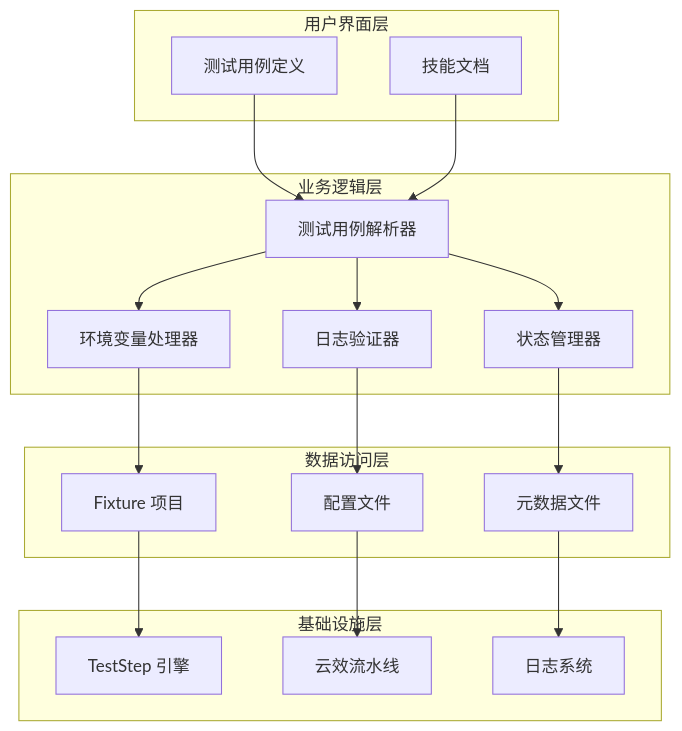
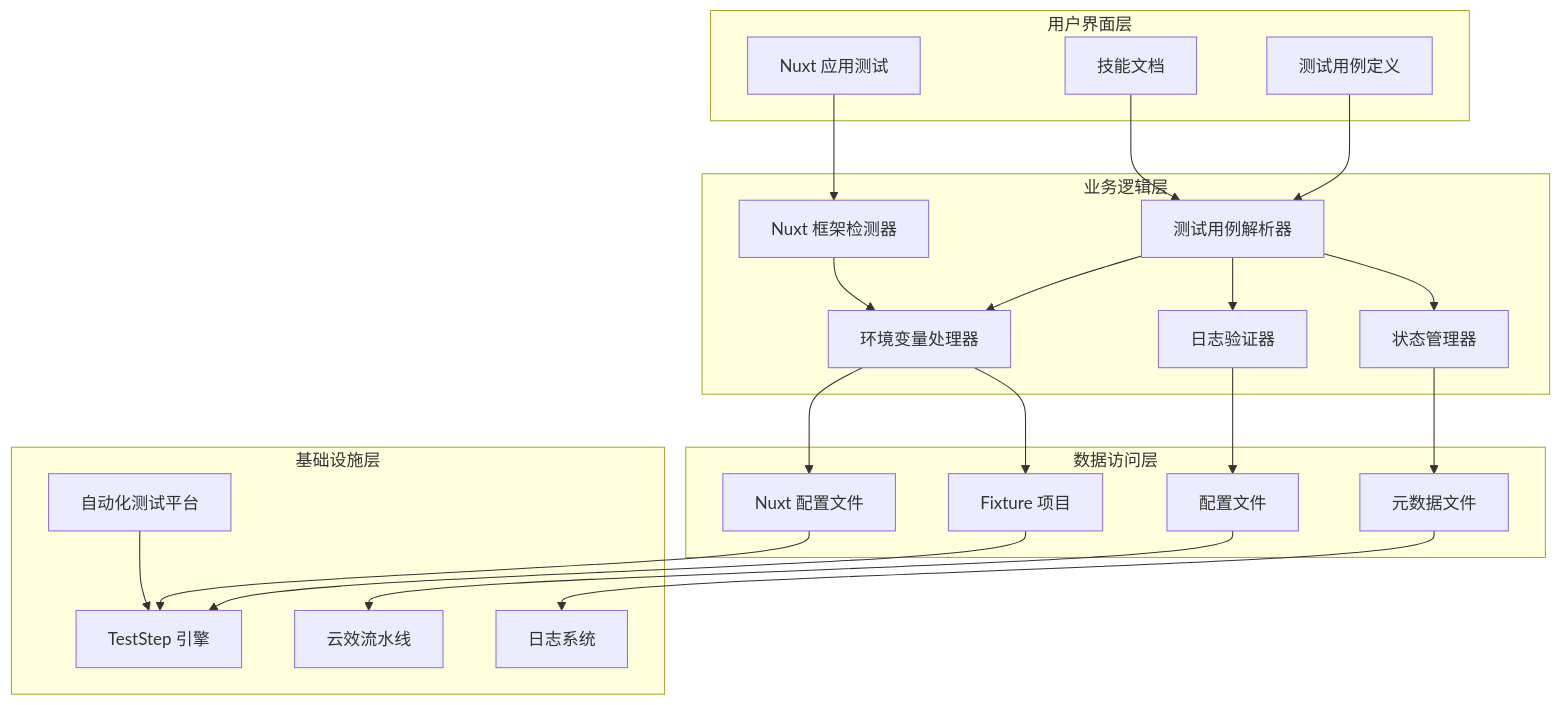
The third of 7 diagrams in .qoder/repowiki/zh/content/测试用例系统/测试用例系统.md (esa-sp/test-for-aone-ci), drawn with Mermaid before and after one commit. The commit also changed other lines of this file and 5 other files, not shown here.

````diff
--- a/.qoder/repowiki/zh/content/测试用例系统/测试用例系统.md
+++ b/.qoder/repowiki/zh/content/测试用例系统/测试用例系统.md
@@ -131,34 +150,43 @@
 ```mermaid
 graph TB
 subgraph "用户界面层"
 A[测试用例定义]
 B[技能文档]
+C[Nuxt 应用测试]
 end
 subgraph "业务逻辑层"
-C[测试用例解析器]
-D[环境变量处理器]
-E[日志验证器]
-F[状态管理器]
+D[测试用例解析器]
+E[环境变量处理器]
+F[日志验证器]
+G[状态管理器]
+H[Nuxt 框架检测器]
 end
 subgraph "数据访问层"
-G[Fixture 项目]
-H[配置文件]
-I[元数据文件]
+I[Fixture 项目]
+J[配置文件]
+K[元数据文件]
+L[Nuxt 配置文件]
 end
 subgraph "基础设施层"
-J[TestStep 引擎]
-K[云效流水线]
-L[日志系统]
+M[TestStep 引擎]
+N[云效流水线]
+O[日志系统]
+P[自动化测试平台]
 end
-A --> C
-B --> C
-C --> D
-C --> E
-C --> F
+A --> D
+B --> D
+C --> H
+D --> E
+D --> F
 D --> G
-E --> H
-F --> I
-G --> J
-H --> K
-I --> L
+H --> E
+E --> I
+E --> L
+F --> J
+G --> K
+I --> M
+L --> M
+J --> N
+K --> O
+P --> M
 ```
````
